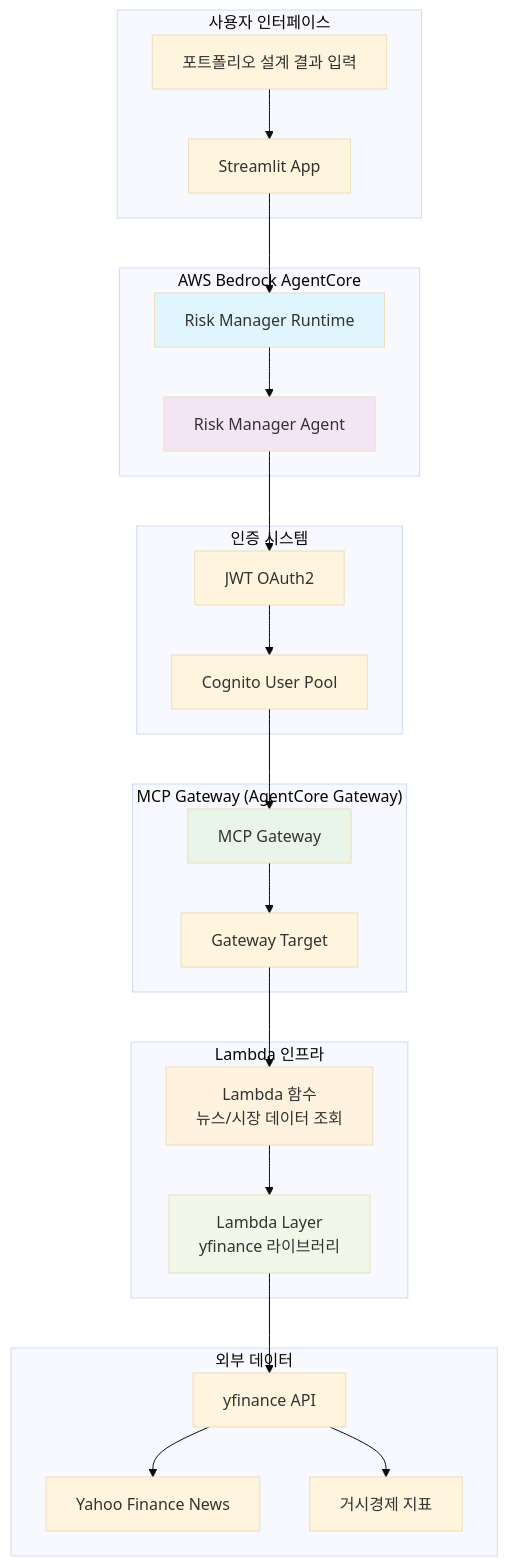
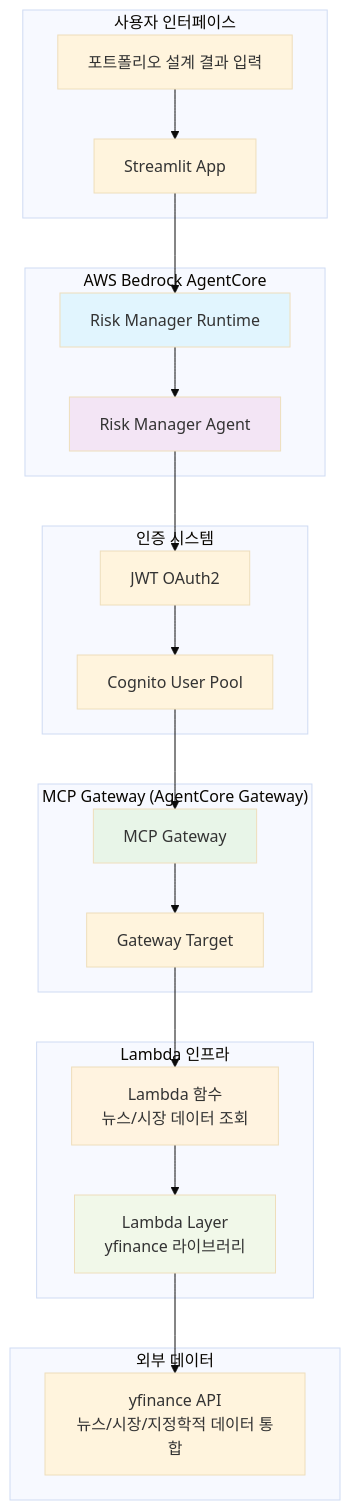
One commit to ksgsslee/investment_advisor_strands changed the first of 2 diagrams in risk_manager/README.md. Above: the diagram before and after it, drawn with Mermaid (base theme). The commit also changed other lines of this file and 5 other files, not shown here.

````diff
--- a/risk_manager/README.md
+++ b/risk_manager/README.md
@@ -17,52 +17,48 @@
 ```mermaid
 graph TB
     subgraph "사용자 인터페이스"
         UI[Streamlit App]
         INPUT[포트폴리오 설계 결과 입력]
     end
     
     subgraph "AWS Bedrock AgentCore"
         RUNTIME[Risk Manager Runtime]
         AGENT[Risk Manager Agent]
     end
     
     subgraph "MCP Gateway (AgentCore Gateway)"
         GATEWAY[MCP Gateway]
         TARGET[Gateway Target]
     end
     
     subgraph "Lambda 인프라"
         LAYER[Lambda Layer<br/>yfinance 라이브러리]
         LAMBDA[Lambda 함수<br/>뉴스/시장 데이터 조회]
     end
     
     subgraph "인증 시스템"
         COGNITO[Cognito User Pool]
         JWT[JWT OAuth2]
     end
     
     subgraph "외부 데이터"
-        YFINANCE[yfinance API]
-        NEWS[Yahoo Finance News]
-        MARKET[거시경제 지표]
+        YFINANCE[yfinance API<br/>뉴스/시장/지정학적 데이터 통합]
     end
     
     INPUT --> UI
     UI --> RUNTIME
     RUNTIME --> AGENT
     AGENT --> JWT
     JWT --> COGNITO
     COGNITO --> GATEWAY
     GATEWAY --> TARGET
     TARGET --> LAMBDA
     LAMBDA --> LAYER
     LAYER --> YFINANCE
-    YFINANCE --> NEWS
-    YFINANCE --> MARKET
     
     style RUNTIME fill:#e1f5fe
     style AGENT fill:#f3e5f5
     style GATEWAY fill:#e8f5e8
     style LAMBDA fill:#fff3e0
     style LAYER fill:#f1f8e9
 ```
````
